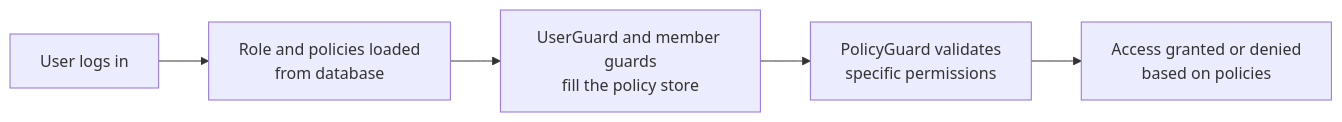
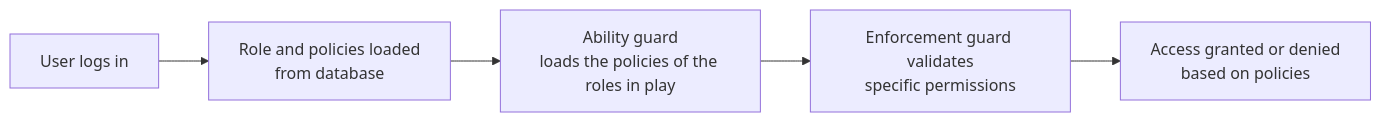
One commit to andrechristikan/ack-nestjs-boilerplate changed the fifth of 5 diagrams in docs/authorization.md. Above: the diagram before and after it, drawn with Mermaid. The commit also changed other lines of this file and 125 other files, not shown here.

````diff
--- a/docs/authorization.md
+++ b/docs/authorization.md
@@ -637,7 +651,7 @@
 ```mermaid
 flowchart LR
     User[User logs in] --> LoadRole[Role and policies loaded<br/>from database]
-    LoadRole --> Guards[UserGuard and member guards<br/>fill the policy store]
-    Guards --> PolicyGuard[PolicyGuard validates<br/>specific permissions]
+    LoadRole --> Guards[Ability guard<br/>loads the policies of the roles in play]
+    Guards --> PolicyGuard[Enforcement guard validates<br/>specific permissions]
     PolicyGuard --> Access[Access granted or denied<br/>based on policies]
 ```
````
